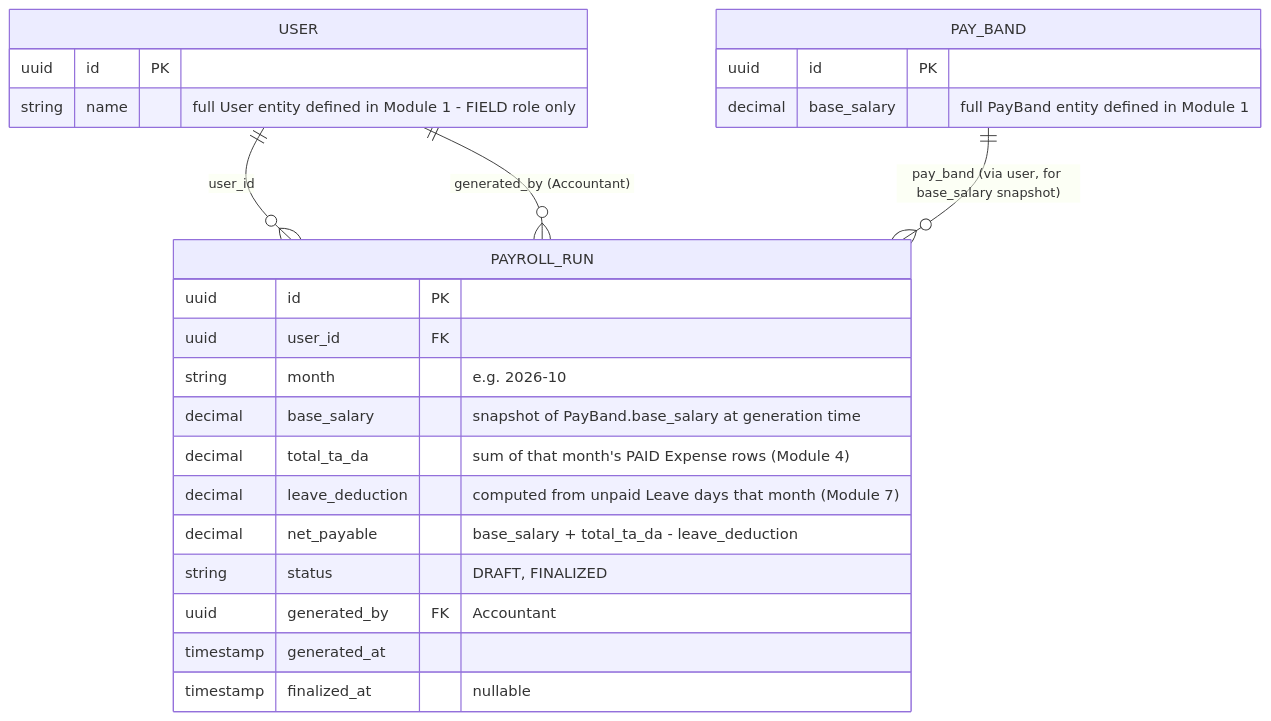
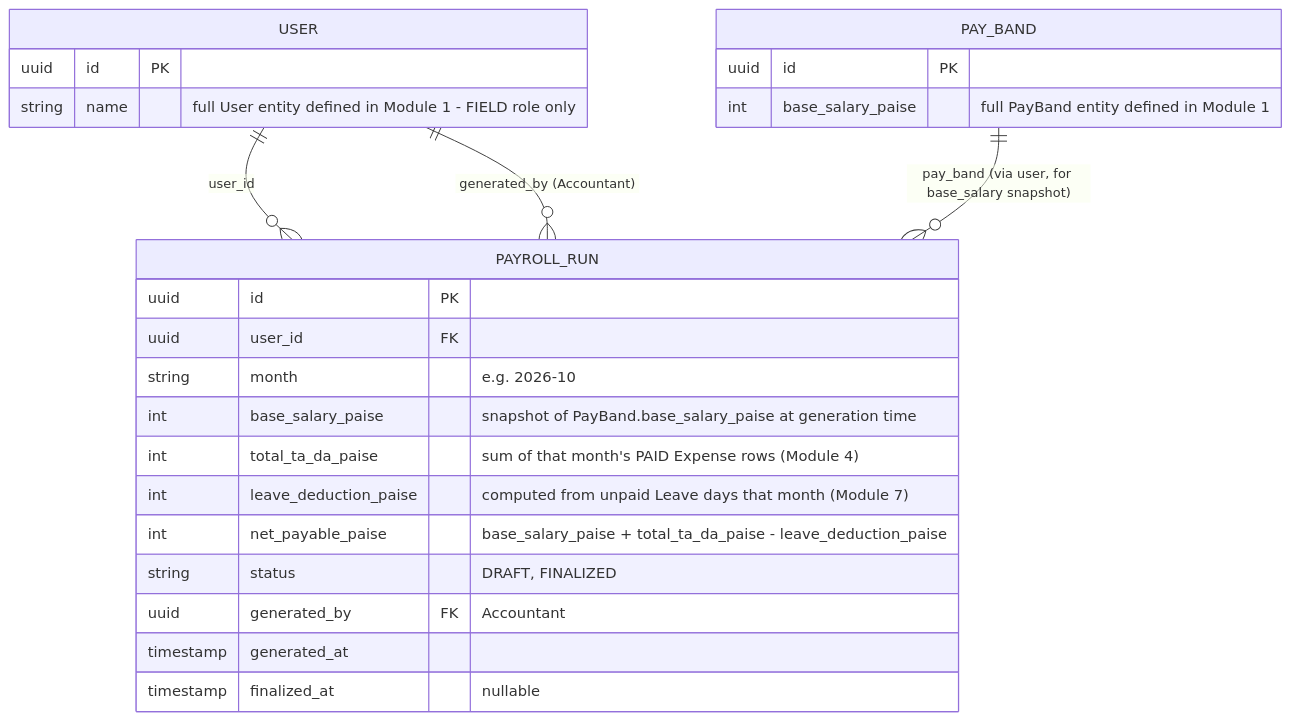
Before and after one commit to reboot-ai-private-limited/greynote: the diagram in docs/erd/09-payroll.md, drawn with Mermaid. The commit also changed 35 other files, not shown here.

First line of the commit message:
feat: money is whole paise — Pay Band and Route rate override migrated (Phase 5 step 3)

````diff
--- a/docs/erd/09-payroll.md
+++ b/docs/erd/09-payroll.md
@@ -7,29 +7,29 @@
 ```mermaid
 erDiagram
     USER {
         uuid id PK
         string name "full User entity defined in Module 1 - FIELD role only"
     }
     PAY_BAND {
         uuid id PK
-        decimal base_salary "full PayBand entity defined in Module 1"
+        int base_salary_paise "full PayBand entity defined in Module 1"
     }
 
     PAYROLL_RUN {
         uuid id PK
         uuid user_id FK
         string month "e.g. 2026-10"
-        decimal base_salary "snapshot of PayBand.base_salary at generation time"
-        decimal total_ta_da "sum of that month's PAID Expense rows (Module 4)"
-        decimal leave_deduction "computed from unpaid Leave days that month (Module 7)"
-        decimal net_payable "base_salary + total_ta_da - leave_deduction"
+        int base_salary_paise "snapshot of PayBand.base_salary_paise at generation time"
+        int total_ta_da_paise "sum of that month's PAID Expense rows (Module 4)"
+        int leave_deduction_paise "computed from unpaid Leave days that month (Module 7)"
+        int net_payable_paise "base_salary_paise + total_ta_da_paise - leave_deduction_paise"
         string status "DRAFT, FINALIZED"
         uuid generated_by FK "Accountant"
         timestamp generated_at
         timestamp finalized_at "nullable"
     }
 
     USER ||--o{ PAYROLL_RUN : "user_id"
     PAY_BAND ||--o{ PAYROLL_RUN : "pay_band (via user, for base_salary snapshot)"
     USER ||--o{ PAYROLL_RUN : "generated_by (Accountant)"
 ```
````
